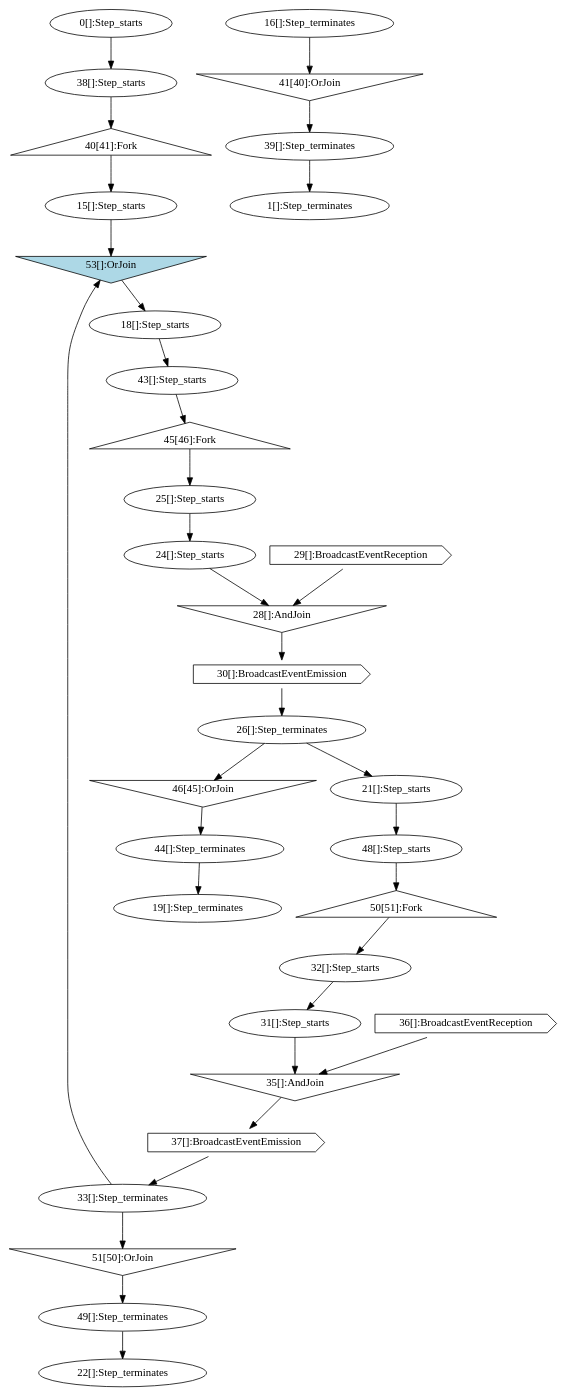
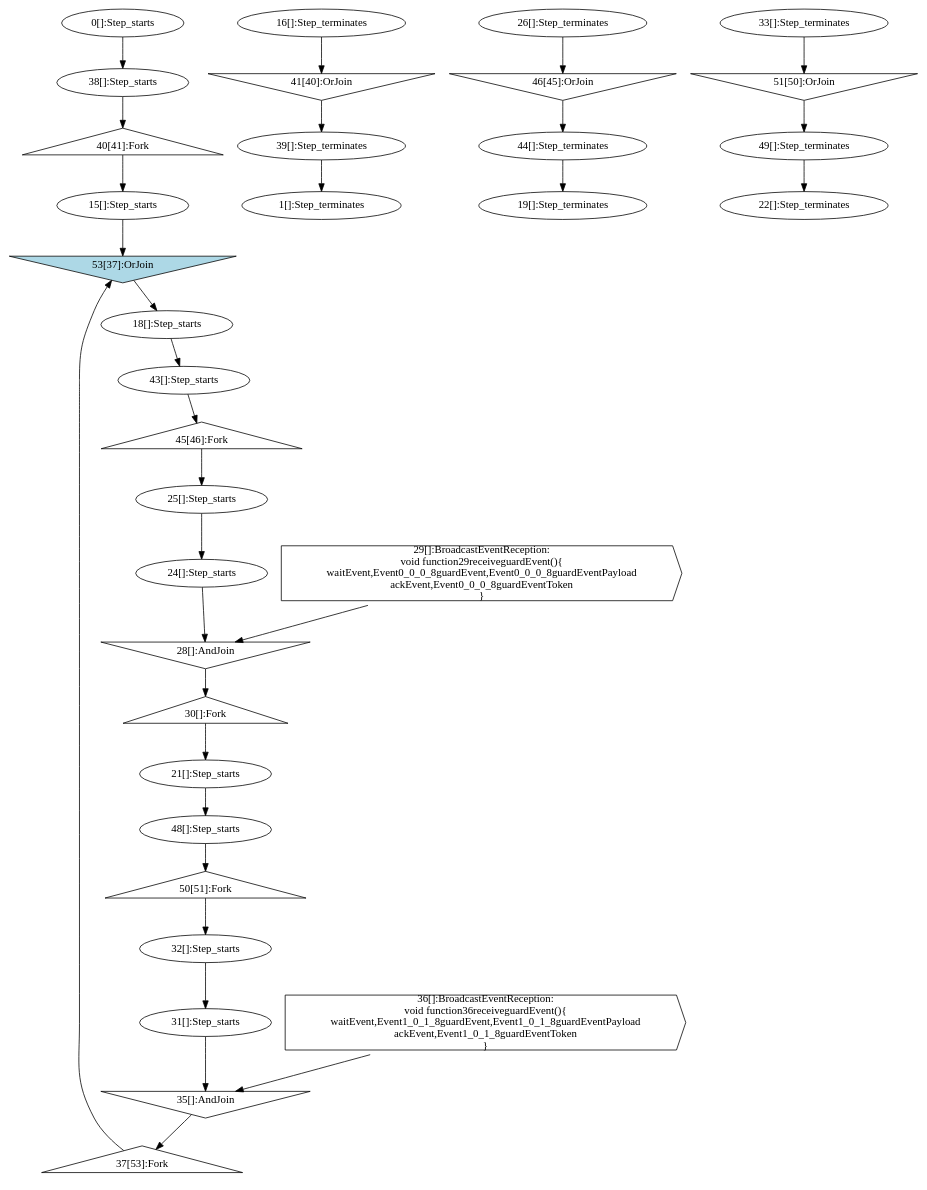
Before and after one commit to jdeantoni/TCOS.lang: the diagram in examples/programs/generated/testFSM.dot, drawn with Graphviz. The commit also changed 20 other files, not shown here.

```diff
--- a/examples/programs/generated/testFSM.dot
+++ b/examples/programs/generated/testFSM.dot
@@ -1,67 +1,73 @@
 digraph G {
   "0" [label="0[]:Step_starts" shape="ellipse" ];
   "1" [label="1[]:Step_terminates" shape="ellipse" ];
   "38" [label="38[]:Step_starts" shape="ellipse" ];
   "39" [label="39[]:Step_terminates" shape="ellipse" ];
   "40" [label="40[41]:Fork" shape="triangle" ];
   "41" [label="41[40]:OrJoin" shape="invtriangle" ];
   "15" [label="15[]:Step_starts" shape="ellipse" ];
   "16" [label="16[]:Step_terminates" shape="ellipse" ];
   "18" [label="18[]:Step_starts" shape="ellipse" ];
   "19" [label="19[]:Step_terminates" shape="ellipse" ];
   "43" [label="43[]:Step_starts" shape="ellipse" ];
   "44" [label="44[]:Step_terminates" shape="ellipse" ];
   "45" [label="45[46]:Fork" shape="triangle" ];
   "46" [label="46[45]:OrJoin" shape="invtriangle" ];
   "24" [label="24[]:Step_starts" shape="ellipse" ];
   "25" [label="25[]:Step_starts" shape="ellipse" ];
   "26" [label="26[]:Step_terminates" shape="ellipse" ];
   "28" [label="28[]:AndJoin" shape="invtriangle" ];
-  "29" [label="29[]:BroadcastEventReception" shape="cds" ];
-  "30" [label="30[]:BroadcastEventEmission" shape="cds" ];
+  "29" [label="29[]:BroadcastEventReception:
+void function29receiveguardEvent(){
+waitEvent,Event0_0_0_8guardEvent,Event0_0_0_8guardEventPayload
+ackEvent,Event0_0_0_8guardEventToken
+}" shape="cds" ];
+  "30" [label="30[]:Fork" shape="triangle" ];
   "21" [label="21[]:Step_starts" shape="ellipse" ];
   "22" [label="22[]:Step_terminates" shape="ellipse" ];
   "48" [label="48[]:Step_starts" shape="ellipse" ];
   "49" [label="49[]:Step_terminates" shape="ellipse" ];
   "50" [label="50[51]:Fork" shape="triangle" ];
   "51" [label="51[50]:OrJoin" shape="invtriangle" ];
   "31" [label="31[]:Step_starts" shape="ellipse" ];
   "32" [label="32[]:Step_starts" shape="ellipse" ];
   "33" [label="33[]:Step_terminates" shape="ellipse" ];
   "35" [label="35[]:AndJoin" shape="invtriangle" ];
-  "36" [label="36[]:BroadcastEventReception" shape="cds" ];
-  "37" [label="37[]:BroadcastEventEmission" shape="cds" ];
-  "53" [label="53[]:OrJoin" shape="invtriangle" style="filled" fillcolor="lightblue"];
+  "36" [label="36[]:BroadcastEventReception:
+void function36receiveguardEvent(){
+waitEvent,Event1_0_1_8guardEvent,Event1_0_1_8guardEventPayload
+ackEvent,Event1_0_1_8guardEventToken
+}" shape="cds" ];
+  "37" [label="37[53]:Fork" shape="triangle" ];
+  "53" [label="53[37]:OrJoin" shape="invtriangle" style="filled" fillcolor="lightblue"];
   "0" -> "38" [label=""];
   "39" -> "1" [label=""];
   "38" -> "40" [label=""];
   "41" -> "39" [label=""];
   "40" -> "15" [label=""];
   "16" -> "41" [label=""];
   "15" -> "53" [label=""];
   "18" -> "43" [label=""];
   "44" -> "19" [label=""];
   "43" -> "45" [label=""];
   "46" -> "44" [label=""];
   "45" -> "25" [label=""];
   "26" -> "46" [label=""];
   "25" -> "24" [label=""];
   "29" -> "28" [label=""];
   "24" -> "28" [label=""];
   "28" -> "30" [label=""];
-  "30" -> "26" [label=""];
-  "26" -> "21" [label=""];
+  "30" -> "21" [label=""];
   "21" -> "48" [label=""];
   "49" -> "22" [label=""];
   "48" -> "50" [label=""];
   "51" -> "49" [label=""];
   "50" -> "32" [label=""];
   "33" -> "51" [label=""];
   "32" -> "31" [label=""];
   "36" -> "35" [label=""];
   "31" -> "35" [label=""];
   "35" -> "37" [label=""];
-  "37" -> "33" [label=""];
-  "33" -> "53" [label=""];
+  "37" -> "53" [label=""];
   "53" -> "18" [label=""];
 }
```
